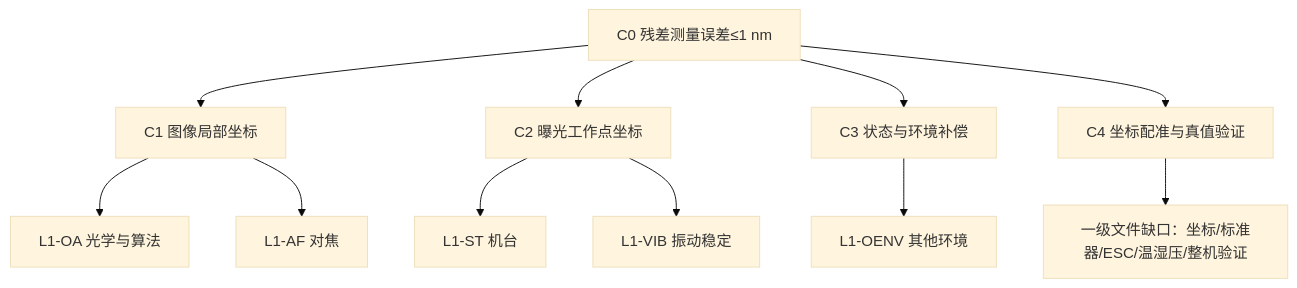
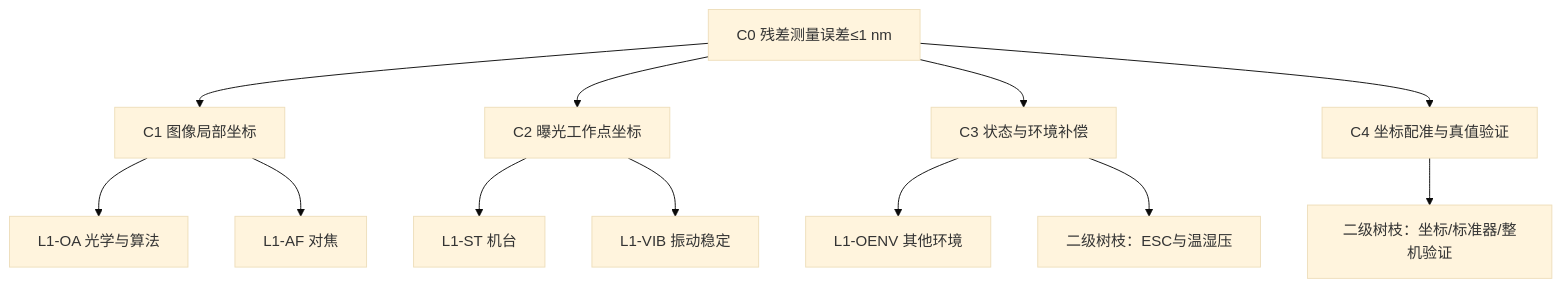
Before and after one commit to trepvert666-del/1nmipd_stage_review: the diagram in 02_evidence/整机1nm证据树.md, drawn with Mermaid (base theme). The commit also changed other lines of this file and 9 other files, not shown here.

````diff
--- a/02_evidence/整机1nm证据树.md
+++ b/02_evidence/整机1nm证据树.md
@@ -90,18 +90,19 @@
 ```mermaid
 flowchart TD
     C0["C0 残差测量误差≤1 nm"]
     C1["C1 图像局部坐标"]
     C2["C2 曝光工作点坐标"]
     C3["C3 状态与环境补偿"]
     C4["C4 坐标配准与真值验证"]
     C0 --> C1
     C0 --> C2
     C0 --> C3
     C0 --> C4
     C1 --> OA["L1-OA 光学与算法"]
     C1 --> AF["L1-AF 对焦"]
     C2 --> ST["L1-ST 机台"]
     C2 --> VIB["L1-VIB 振动稳定"]
     C3 --> OE["L1-OENV 其他环境"]
-    C4 --> GAP["一级文件缺口：坐标/标准器/ESC/温湿压/整机验证"]
+    C3 --> SUB1["二级树枝：ESC与温湿压"]
+    C4 --> SUB2["二级树枝：坐标/标准器/整机验证"]
 ```
````
